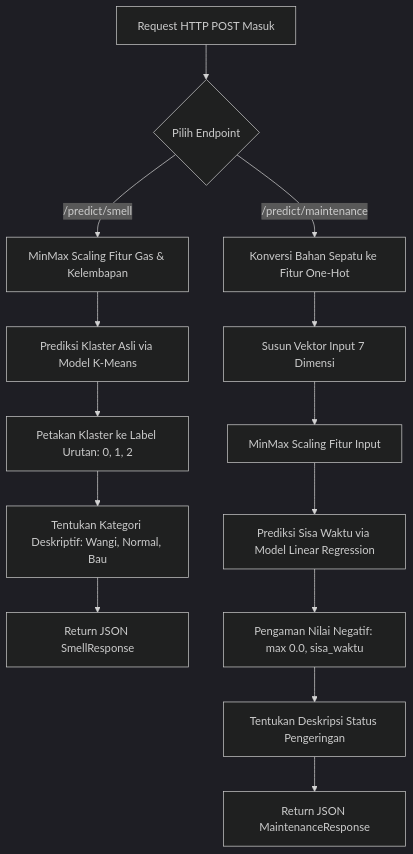
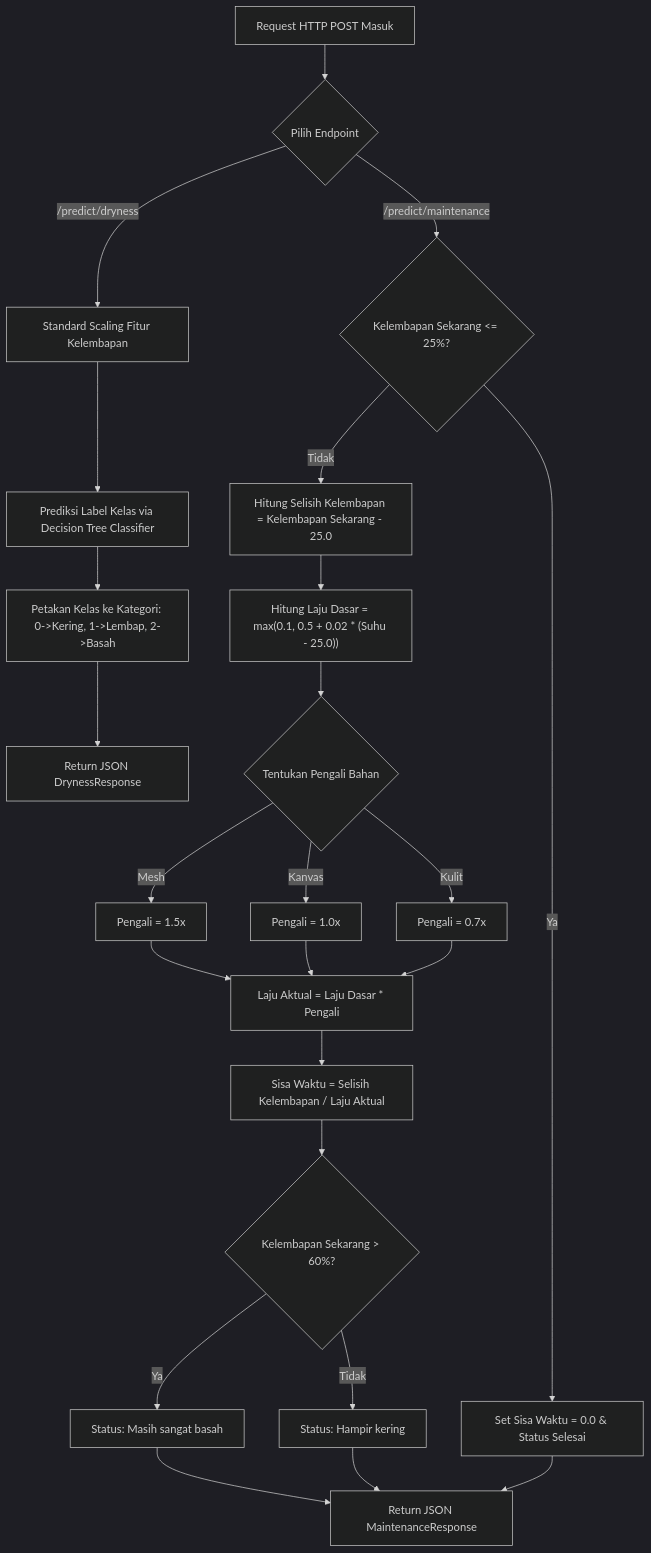
One commit to madgeer/smart-shoes-maintenance changed the fourth of 6 diagrams in README.md. Above: the diagram before and after it, drawn with Mermaid (dark theme). The commit also changed other lines of this file and 9 other files, not shown here.

Commit message:
Refactor ML model predictions; update from K-Means and Linear Regression to Decision Tree Classifier and Heuristic Estimator for shoe dryness and drying time estimation

````diff
--- a/README.md
+++ b/README.md
@@ -172,20 +190,30 @@
 ```mermaid
 graph TD
     A[Request HTTP POST Masuk] --> B{Pilih Endpoint}
     
-    %% K-Means
-    B -->|/predict/smell| C[MinMax Scaling Fitur Gas & Kelembapan]
-    C --> D[Prediksi Klaster Asli via Model K-Means]
-    D --> E[Petakan Klaster ke Label Urutan: 0, 1, 2]
-    E --> F[Tentukan Kategori Deskriptif: Wangi, Normal, Bau]
-    F --> G[Return JSON SmellResponse]
+    %% Dryness Classifier
+    B -->|/predict/dryness| C[Standard Scaling Fitur Kelembapan]
+    C --> D[Prediksi Label Kelas via Decision Tree Classifier]
+    D --> E[Petakan Kelas ke Kategori: 0->Kering, 1->Lembap, 2->Basah]
+    E --> F[Return JSON DrynessResponse]
     
-    %% Regression
-    B -->|/predict/maintenance| H[Konversi Bahan Sepatu ke Fitur One-Hot]
-    H --> I[Susun Vektor Input 7 Dimensi]
-    I --> J[MinMax Scaling Fitur Input]
-    J --> K[Prediksi Sisa Waktu via Model Linear Regression]
-    K --> L[Pengaman Nilai Negatif: max 0.0, sisa_waktu]
-    L --> M[Tentukan Deskripsi Status Pengeringan]
-    M --> N[Return JSON MaintenanceResponse]
+    %% Heuristic Estimator
+    B -->|/predict/maintenance| G{Kelembapan Sekarang <= 25%?}
+    G -->|Ya| H[Set Sisa Waktu = 0.0 & Status Selesai]
+    G -->|Tidak| I[Hitung Selisih Kelembapan = Kelembapan Sekarang - 25.0]
+    I --> J["Hitung Laju Dasar = max(0.1, 0.5 + 0.02 * (Suhu - 25.0))"]
+    J --> K{Tentukan Pengali Bahan}
+    K -->|Mesh| L[Pengali = 1.5x]
+    K -->|Kanvas| M[Pengali = 1.0x]
+    K -->|Kulit| N[Pengali = 0.7x]
+    L --> O[Laju Aktual = Laju Dasar * Pengali]
+    M --> O
+    N --> O
+    O --> P[Sisa Waktu = Selisih Kelembapan / Laju Aktual]
+    P --> Q{Kelembapan Sekarang > 60%?}
+    Q -->|Ya| R[Status: Masih sangat basah]
+    Q -->|Tidak| S[Status: Hampir kering]
+    R --> T[Return JSON MaintenanceResponse]
+    S --> T
+    H --> T
 ```
````
